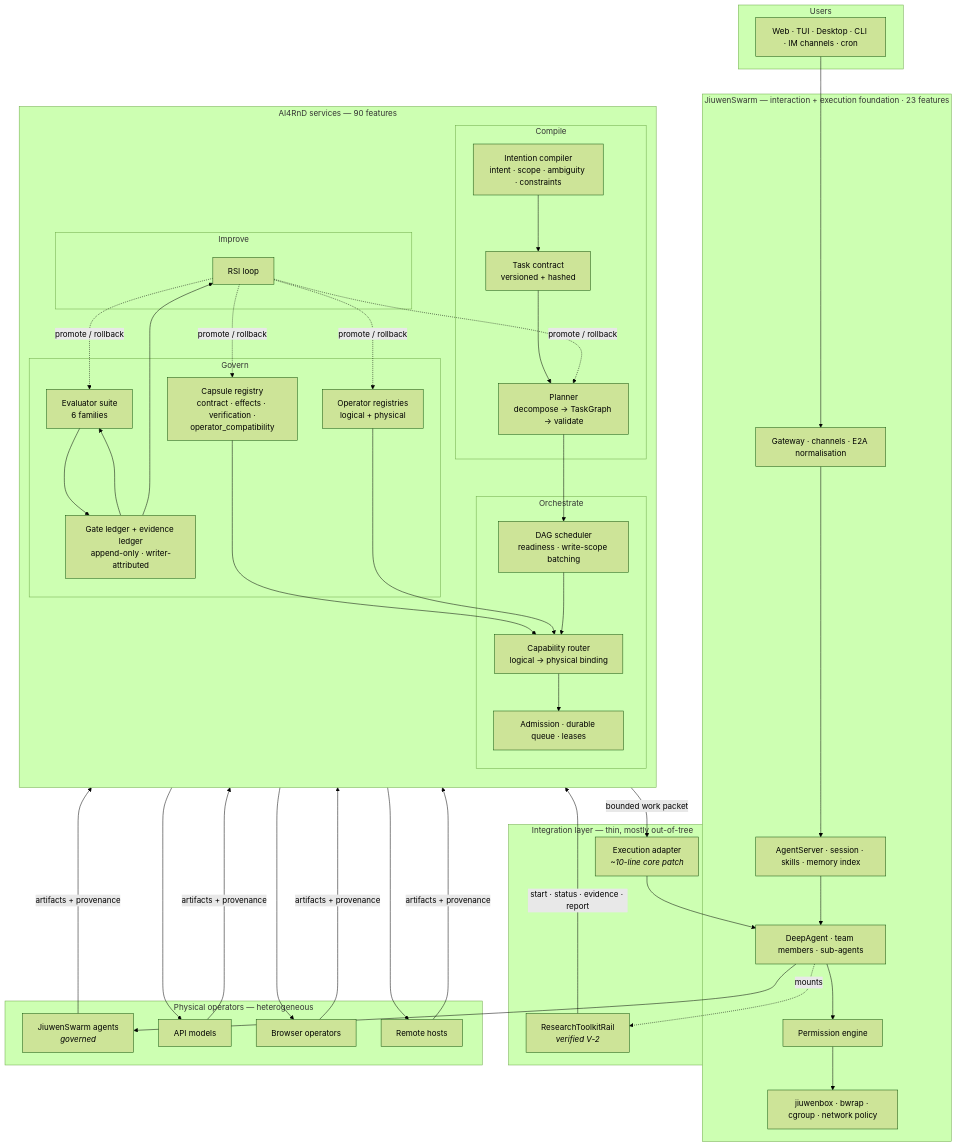
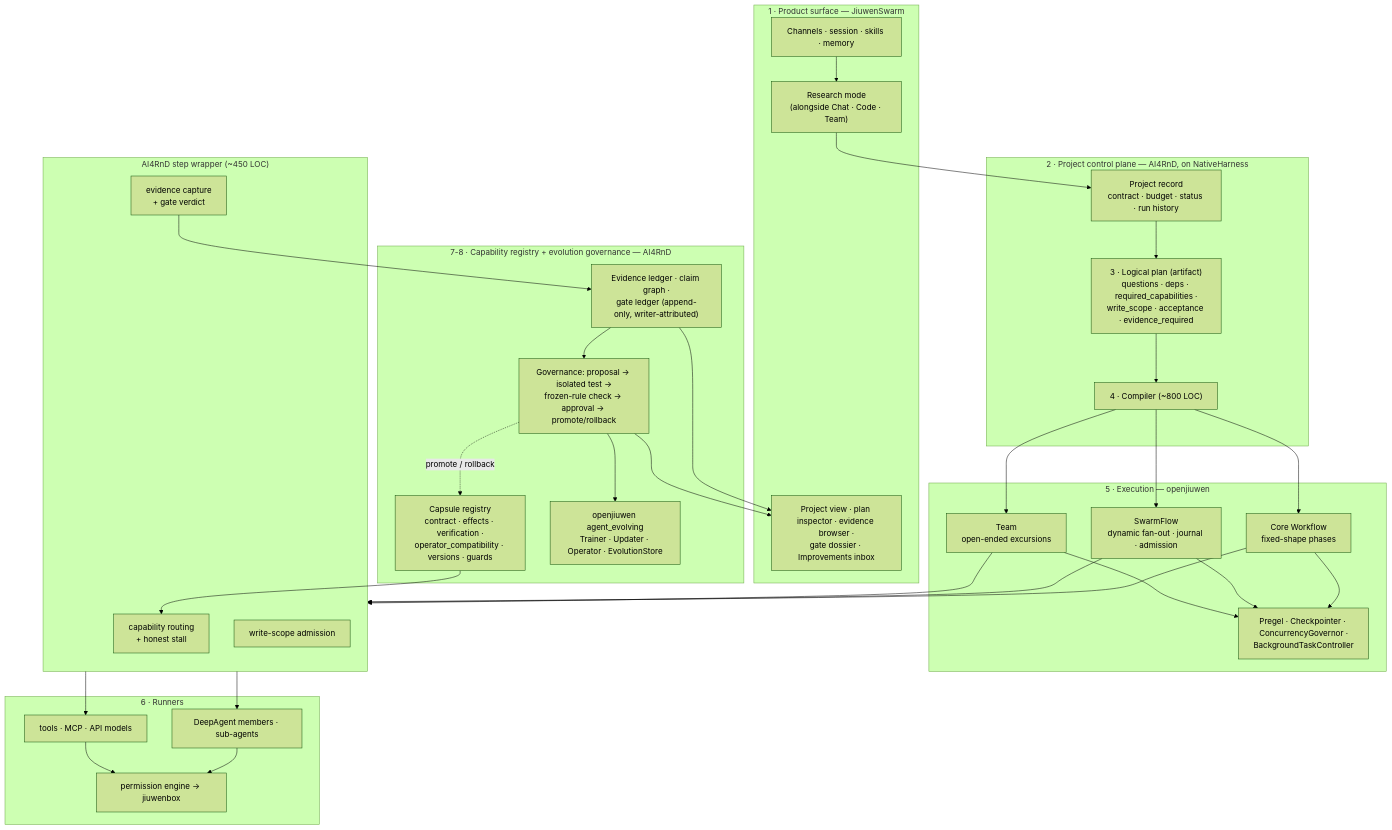
One commit to suraj-subrahmanyan/jiuwenswarm changed the first of 3 diagrams in docs/analysis/ai4rnd-jiuwenswarm/08-recommended-architecture.md. Above: the diagram before and after it, drawn with Mermaid (forest theme). The commit also changed other lines of this file and 14 other files, not shown here.

First line of the commit message:
docs(analysis): reopen architecture decision after openjiuwen mechanism inventory

````diff
--- a/docs/analysis/ai4rnd-jiuwenswarm/08-recommended-architecture.md
+++ b/docs/analysis/ai4rnd-jiuwenswarm/08-recommended-architecture.md
@@ -13,69 +14,55 @@
 ```mermaid
 flowchart TB
-    subgraph U["Users"]
-        UI["Web · TUI · Desktop · CLI · IM channels · cron"]
+    subgraph SURF["1 · Product surface — JiuwenSwarm"]
+        MODE["Research mode<br/>(alongside Chat · Code · Team)"]
+        CHAN["Channels · session · skills · memory"]
+        VIEWS["Project view · plan inspector · evidence browser ·<br/>gate dossier · Improvements inbox"]
     end
 
-    subgraph JW["JiuwenSwarm — interaction + execution foundation · 23 features"]
-        GW["Gateway · channels · E2A normalisation"]
-        AS["AgentServer · session · skills · memory index"]
-        DA["DeepAgent · team members · sub-agents"]
-        PERM["Permission engine"]
-        SBX["jiuwenbox · bwrap · cgroup · network policy"]
+    subgraph PROJ["2 · Project control plane — AI4RnD, on NativeHarness"]
+        PREC["Project record<br/>contract · budget · status · run history"]
+        PLAN["3 · Logical plan (artifact)<br/>questions · deps · required_capabilities ·<br/>write_scope · acceptance · evidence_required"]
+        COMP["4 · Compiler (~800 LOC)"]
     end
 
-    subgraph GL["Integration layer — thin, mostly out-of-tree"]
-        RAIL["ResearchToolkitRail<br/><i>verified V-2</i>"]
-        ADPT["Execution adapter<br/><i>~10-line core patch</i>"]
+    subgraph EXEC["5 · Execution — openjiuwen"]
+        CW["Core Workflow<br/>fixed-shape phases"]
+        SF["SwarmFlow<br/>dynamic fan-out · journal · admission"]
+        TM["Team<br/>open-ended excursions"]
+        RT["Pregel · Checkpointer · ConcurrencyGovernor ·<br/>BackgroundTaskController"]
     end
 
-    subgraph AI["AI4RnD services — 90 features"]
-        direction TB
-        subgraph FRONT["Compile"]
-            INT["Intention compiler<br/>intent · scope · ambiguity · constraints"]
-            CON["Task contract<br/>versioned + hashed"]
-            PLAN["Planner<br/>decompose → TaskGraph → validate"]
-        end
-        subgraph EXECP["Orchestrate"]
-            SCHED["DAG scheduler<br/>readiness · write-scope batching"]
-            ROUTE["Capability router<br/>logical → physical binding"]
-            ADMIT["Admission · durable queue · leases"]
-        end
-        subgraph GOV["Govern"]
-            CAPS["Capsule registry<br/>contract · effects · verification ·<br/>operator_compatibility"]
-            OPS["Operator registries<br/>logical + physical"]
-            EVAL["Evaluator suite<br/>6 families"]
-            LED["Gate ledger + evidence ledger<br/>append-only · writer-attributed"]
-        end
-        subgraph LEARN["Improve"]
-            RSI["RSI loop"]
-        end
+    subgraph WRAP["AI4RnD step wrapper (~450 LOC)"]
+        ROUTE["capability routing<br/>+ honest stall"]
+        SCOPE["write-scope admission"]
+        CAP["evidence capture<br/>+ gate verdict"]
     end
 
-    subgraph FLEET["Physical operators — heterogeneous"]
-        JWA["JiuwenSwarm agents<br/><i>governed</i>"]
-        API["API models"]
-        BROW["Browser operators"]
-        HOST["Remote hosts"]
+    subgraph RUN["6 · Runners"]
+        MEM["DeepAgent members · sub-agents"]
+        TOOL["tools · MCP · API models"]
+        PERM["permission engine → jiuwenbox"]
     end
 
-    UI --> GW --> AS --> DA
-    DA -.mounts.-> RAIL
-    DA --> PERM --> SBX
-    RAIL -->|"start · status · evidence · report"| INT
-    INT --> CON --> PLAN --> SCHED
-    CAPS --> ROUTE
-    OPS --> ROUTE
-    SCHED --> ROUTE --> ADMIT
-    ADMIT -->|"bounded work packet"| ADPT
-    ADPT --> DA
-    DA --> JWA
-    ADMIT --> API & BROW & HOST
-    JWA & API & BROW & HOST -->|"artifacts + provenance"| LED
-    LED --> EVAL --> LED
-    LED --> RSI
-    RSI -.->|"promote / rollback"| CAPS
-    RSI -.->|"promote / rollback"| OPS
-    RSI -.->|"promote / rollback"| PLAN
-    RSI -.->|"promote / rollback"| EVAL
+    subgraph GOV["7-8 · Capability registry + evolution governance — AI4RnD"]
+        REG["Capsule registry<br/>contract · effects · verification ·<br/>operator_compatibility · versions · guards"]
+        LED["Evidence ledger · claim graph ·<br/>gate ledger (append-only, writer-attributed)"]
+        EVO["Governance: proposal → isolated test →<br/>frozen-rule check → approval → promote/rollback"]
+        OJE["openjiuwen agent_evolving<br/>Trainer · Updater · Operator · EvolutionStore"]
+    end
+
+    MODE --> PREC --> PLAN --> COMP
+    CHAN --> MODE
+    COMP --> CW & SF & TM
+    CW & SF & TM --> RT
+    CW & SF & TM --> WRAP
+    REG --> ROUTE
+    WRAP --> MEM & TOOL
+    MEM & TOOL --> PERM
+    CAP --> LED
+    LED --> EVO
+    EVO --> OJE
+    EVO -.->|promote / rollback| REG
+    LED --> VIEWS
+    EVO --> VIEWS
 ```
````
